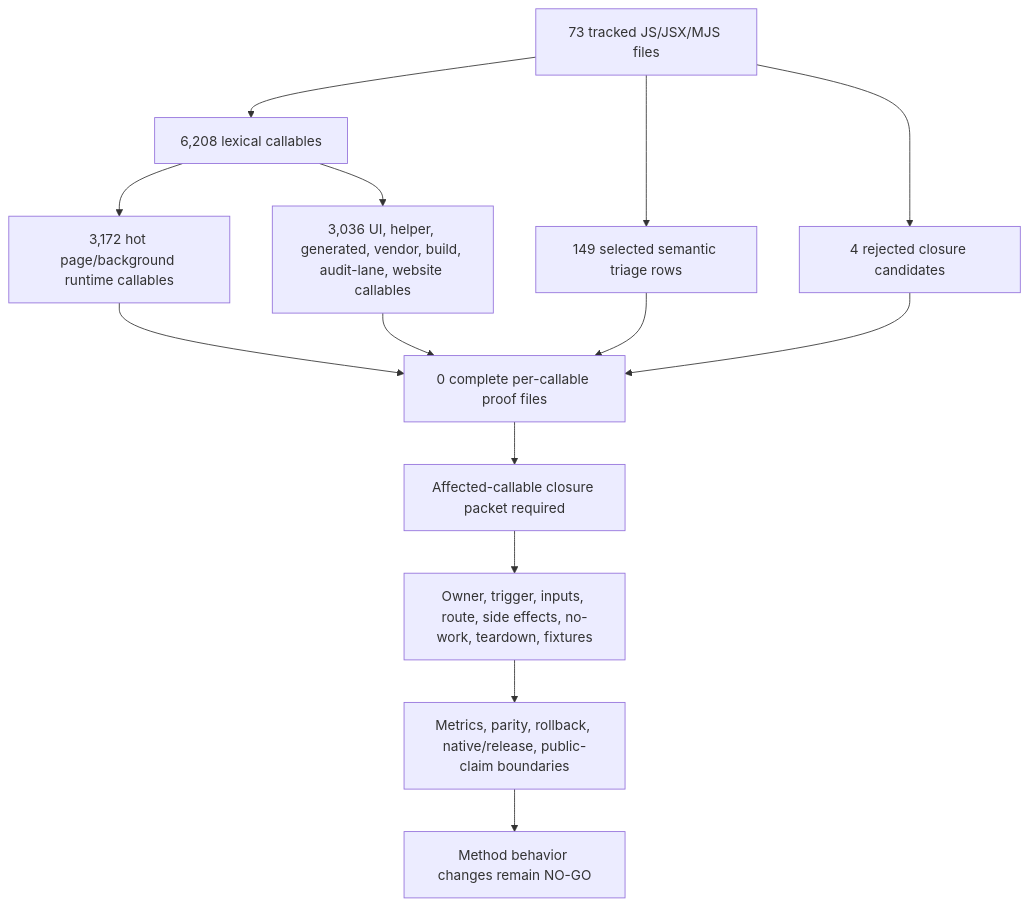
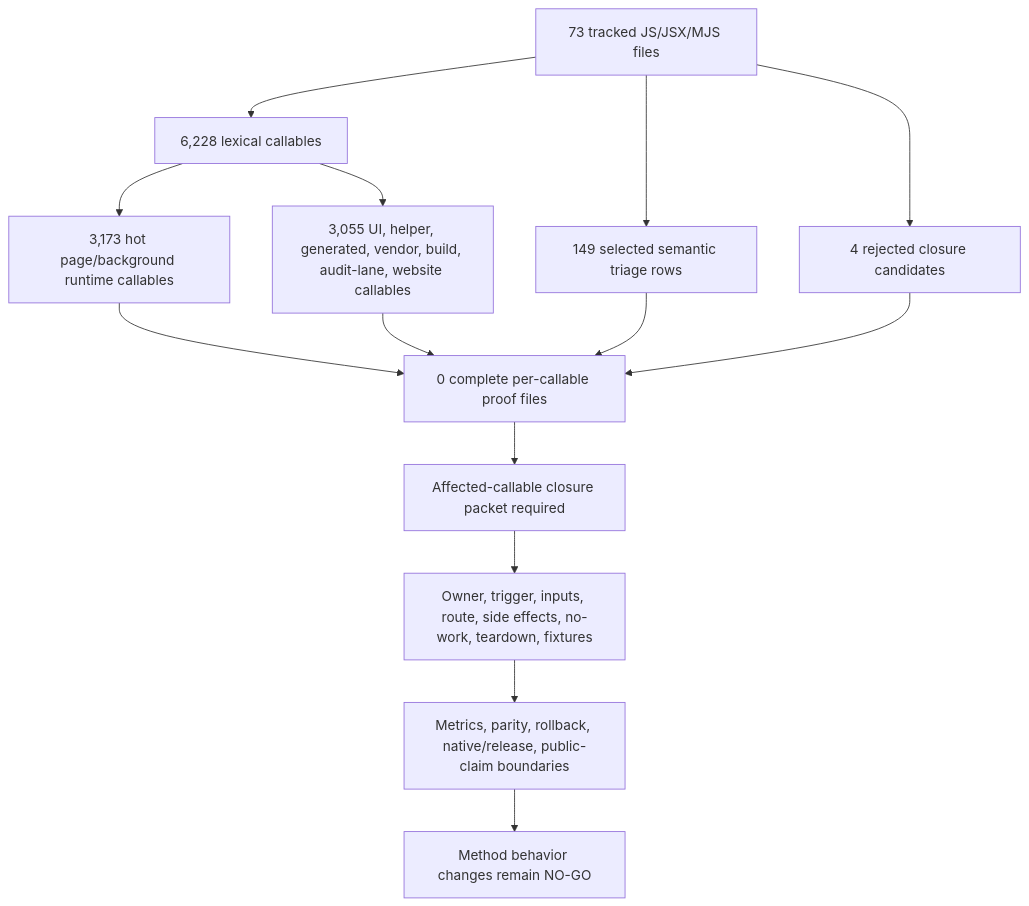
One commit to varshneydevansh/FilterTube changed the first of 2 diagrams in docs/audit/FILTERTUBE_METHOD_SEMANTIC_PROOF_GAP_INDEX_CURRENT_BEHAVIOR_2026-05-25.md. Above: the diagram before and after it, drawn with Mermaid. The commit also changed other lines of this file and 177 other files, not shown here.

````diff
--- a/docs/audit/FILTERTUBE_METHOD_SEMANTIC_PROOF_GAP_INDEX_CURRENT_BEHAVIOR_2026-05-25.md
+++ b/docs/audit/FILTERTUBE_METHOD_SEMANTIC_PROOF_GAP_INDEX_CURRENT_BEHAVIOR_2026-05-25.md
@@ -147,16 +147,16 @@
 ```mermaid
 flowchart TD
-  A["73 tracked JS/JSX/MJS files"] --> B["6,208 lexical callables"]
-  B --> C["3,172 hot page/background runtime callables"]
-  B --> D["3,036 UI, helper, generated, vendor, build, audit-lane, website callables"]
+  A["73 tracked JS/JSX/MJS files"] --> B["6,228 lexical callables"]
+  B --> C["3,173 hot page/background runtime callables"]
+  B --> D["3,055 UI, helper, generated, vendor, build, audit-lane, website callables"]
   A --> E["149 selected semantic triage rows"]
   A --> F["4 rejected closure candidates"]
   C --> G["0 complete per-callable proof files"]
   D --> G
   E --> G
   F --> G
   G --> H["Affected-callable closure packet required"]
   H --> I["Owner, trigger, inputs, route, side effects, no-work, teardown, fixtures"]
   I --> J["Metrics, parity, rollback, native/release, public-claim boundaries"]
   J --> K["Method behavior changes remain NO-GO"]
 ```
````
